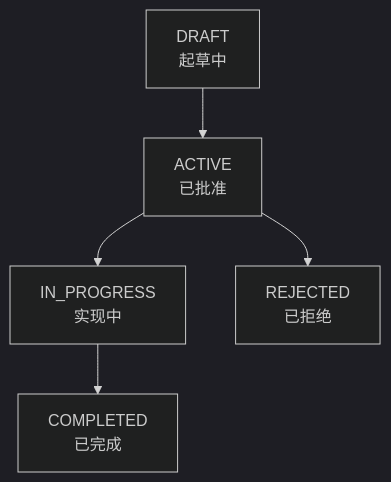
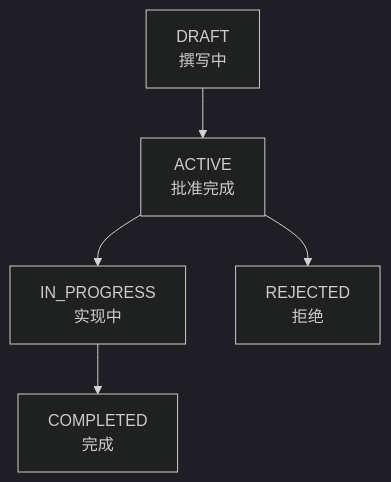
The second of 2 diagrams in docs-site/content/zh/workflow-commands/moai-plan.md (modu-ai/moai-adk), drawn with Mermaid (dark theme) before and after one commit. The commit also changed other lines of this file and 395 other files, not shown here.

````diff
--- a/docs-site/content/zh/workflow-commands/moai-plan.md
+++ b/docs-site/content/zh/workflow-commands/moai-plan.md
@@ -256,7 +262,7 @@
 ```mermaid
 flowchart TD
-    A["DRAFT<br/>起草中"] --> B["ACTIVE<br/>已批准"]
+    A["DRAFT<br/>撰写中"] --> B["ACTIVE<br/>批准完成"]
     B --> C["IN_PROGRESS<br/>实现中"]
-    C --> D["COMPLETED<br/>已完成"]
-    B --> E["REJECTED<br/>已拒绝"]
+    C --> D["COMPLETED<br/>完成"]
+    B --> E["REJECTED<br/>拒绝"]
 ```
````
